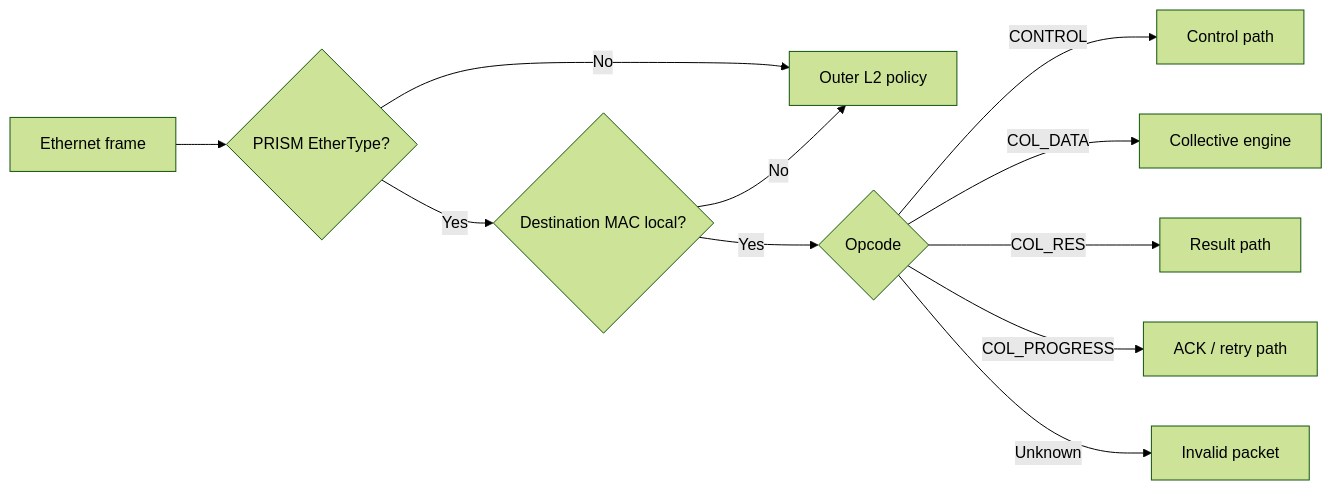
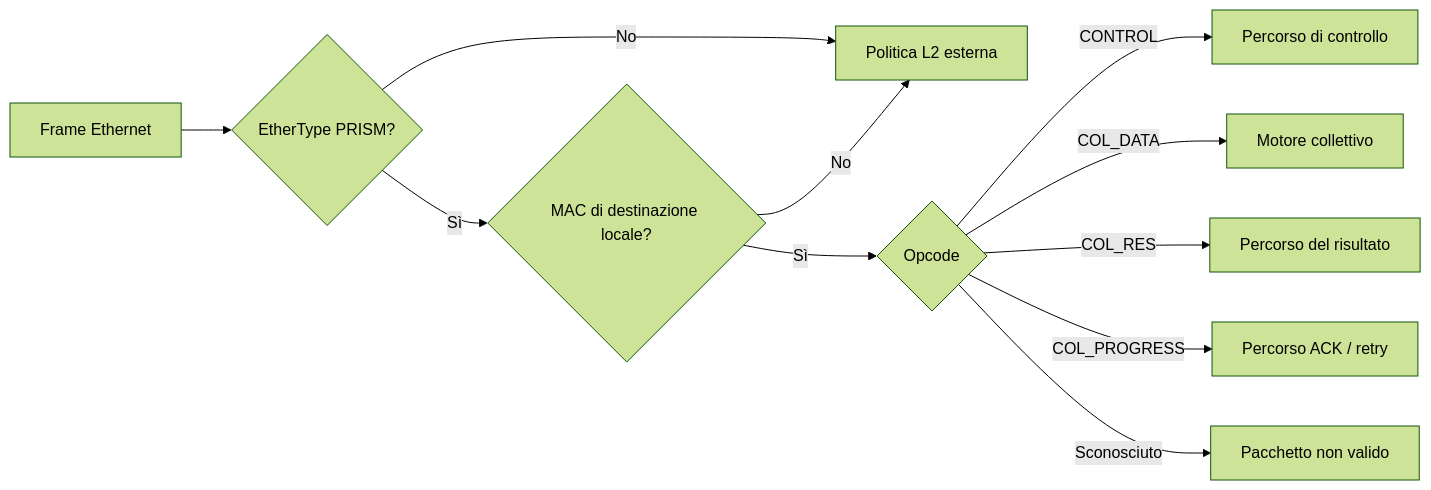
The first of 8 diagrams in docs/chapters/3-architecture/protocol.it.md (uniquadev/prism), drawn with Mermaid (forest theme) before and after one commit. The commit also changed other lines of this file and 28 other files, not shown here.

````diff
--- a/docs/chapters/3-architecture/protocol.it.md
+++ b/docs/chapters/3-architecture/protocol.it.md
@@ -53,13 +53,13 @@
 ```mermaid
 flowchart LR
-    RX["Ethernet frame"] --> ET{"PRISM EtherType?"}
-    ET -->|No| L2["Outer L2 policy"]
-    ET -->|Yes| OWN{"Destination MAC local?"}
+    RX["Frame Ethernet"] --> ET{"EtherType PRISM?"}
+    ET -->|No| L2["Politica L2 esterna"]
+    ET -->|Sì| OWN{"MAC di destinazione locale?"}
     OWN -->|No| L2
-    OWN -->|Yes| OP{"Opcode"}
-    OP -->|CONTROL| CTRL["Control path"]
-    OP -->|COL_DATA| DATA["Collective engine"]
-    OP -->|COL_RES| RES["Result path"]
-    OP -->|COL_PROGRESS| ACK["ACK / retry path"]
-    OP -->|Unknown| BAD["Invalid packet"]
+    OWN -->|Sì| OP{"Opcode"}
+    OP -->|CONTROL| CTRL["Percorso di controllo"]
+    OP -->|COL_DATA| DATA["Motore collettivo"]
+    OP -->|COL_RES| RES["Percorso del risultato"]
+    OP -->|COL_PROGRESS| ACK["Percorso ACK / retry"]
+    OP -->|Sconosciuto| BAD["Pacchetto non valido"]
 ```
````
